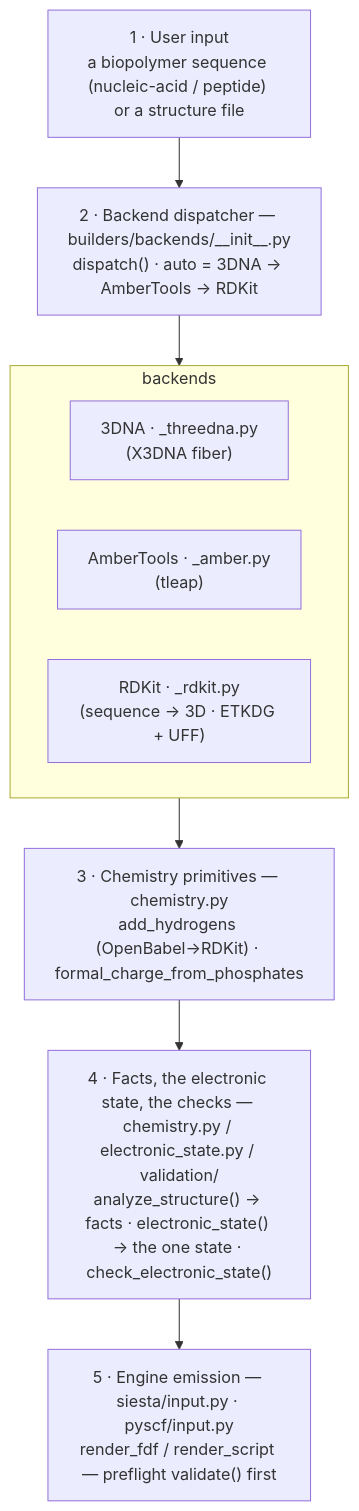
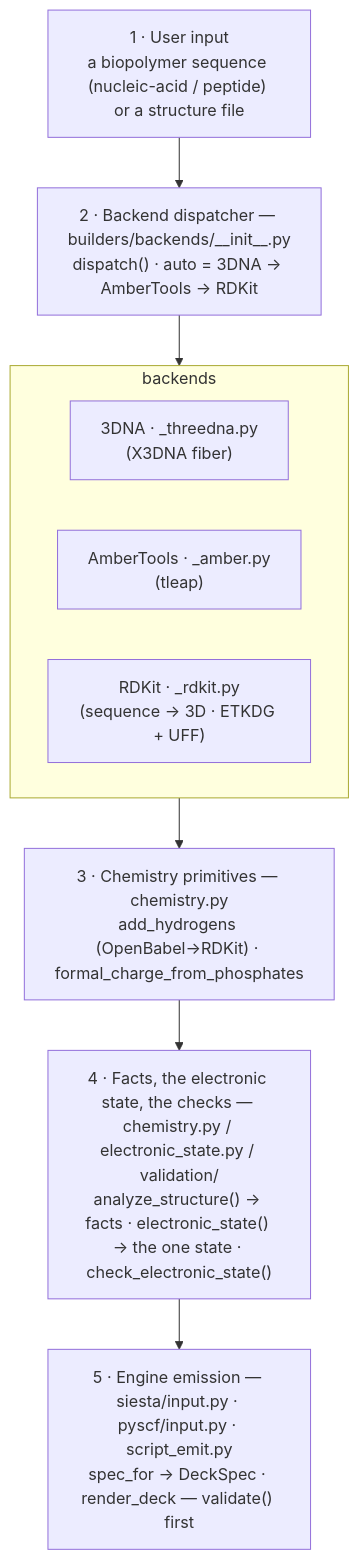
The first of 3 diagrams in docs/science/chemistry-correctness.md (Qing-LAB/molbuilder), drawn with Mermaid before and after one commit. The commit also changed other lines of this file and 745 other files, not shown here.

````diff
--- a/docs/science/chemistry-correctness.md
+++ b/docs/science/chemistry-correctness.md
@@ -28,14 +28,14 @@
 ```mermaid
 flowchart TB
     U["1 · User input<br/>a biopolymer sequence (nucleic-acid / peptide) or a structure file"]
     D["2 · Backend dispatcher — builders/backends/__init__.py<br/>dispatch() · auto = 3DNA → AmberTools → RDKit"]
     subgraph B["backends"]
         T["3DNA · _threedna.py<br/>(X3DNA fiber)"]
         A["AmberTools · _amber.py<br/>(tleap)"]
         R["RDKit · _rdkit.py<br/>(sequence → 3D · ETKDG + UFF)"]
     end
     C["3 · Chemistry primitives — chemistry.py<br/>add_hydrogens (OpenBabel→RDKit) · formal_charge_from_phosphates"]
     AN["4 · Facts, the electronic state, the checks — chemistry.py / electronic_state.py / validation/<br/>analyze_structure() → facts · electronic_state() → the one state · check_electronic_state()"]
-    E["5 · Engine emission — siesta/input.py · pyscf/input.py<br/>render_fdf / render_script — preflight validate() first"]
+    E["5 · Engine emission — siesta/input.py · pyscf/input.py · script_emit.py<br/>spec_for → DeckSpec · render_deck — validate() first"]
     U --> D --> B --> C --> AN --> E
 ```
````
